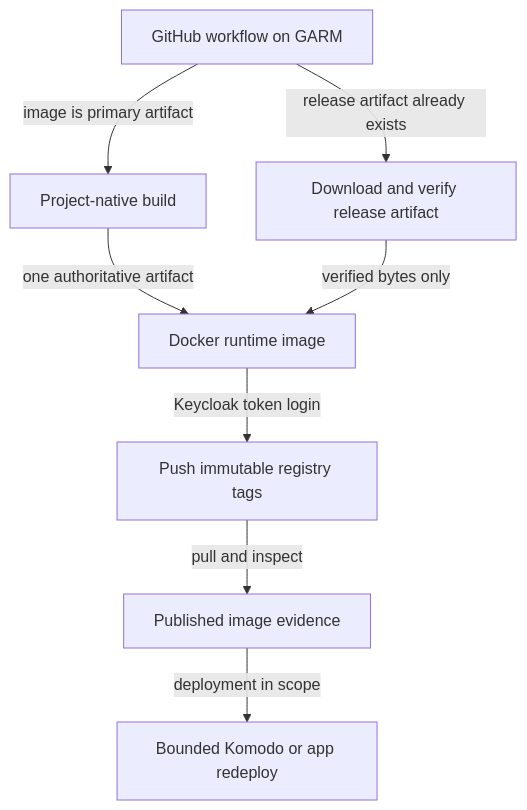
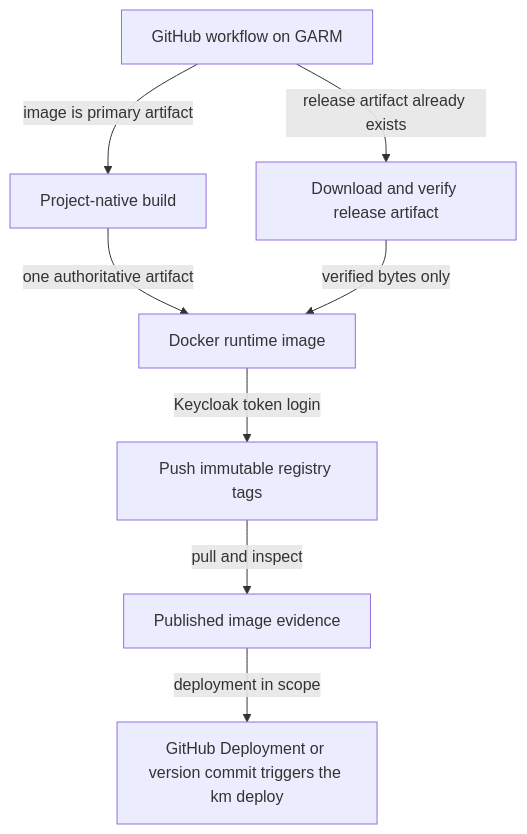
The diagram in skills/local-cicd/SKILL.md (Mouriya-Emma/skills), drawn with Mermaid before and after one commit. The commit also changed other lines of this file and 4 other files, not shown here.

````diff
--- a/skills/local-cicd/SKILL.md
+++ b/skills/local-cicd/SKILL.md
@@ -57,10 +57,10 @@
 ```mermaid
 flowchart TD
     start[GitHub workflow on GARM] -->|image is primary artifact| build[Project-native build]
     start -->|release artifact already exists| download[Download and verify release artifact]
     build -->|one authoritative artifact| image[Docker runtime image]
     download -->|verified bytes only| image
     image -->|Keycloak token login| push[Push immutable registry tags]
     push -->|pull and inspect| evidence[Published image evidence]
-    evidence -->|deployment in scope| deploy[Bounded Komodo or app redeploy]
+    evidence -->|deployment in scope| deploy[GitHub Deployment or version commit triggers the km deploy]
 ```
````
